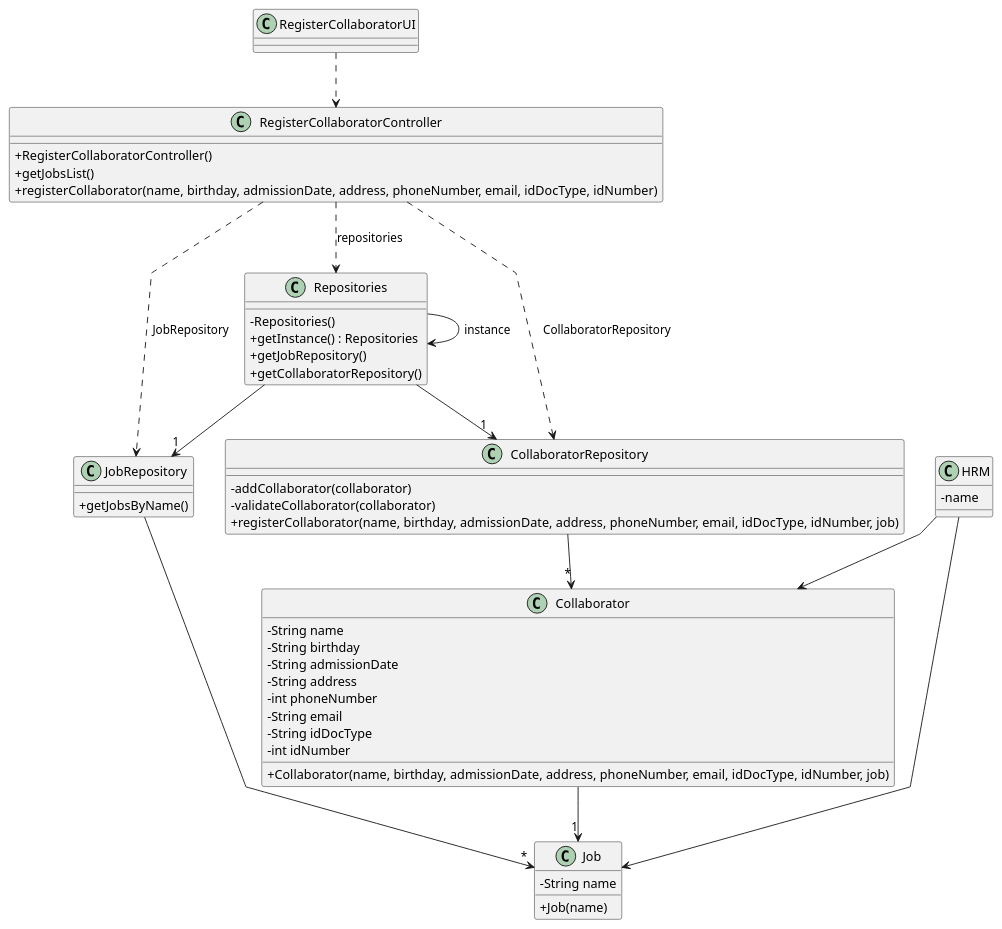
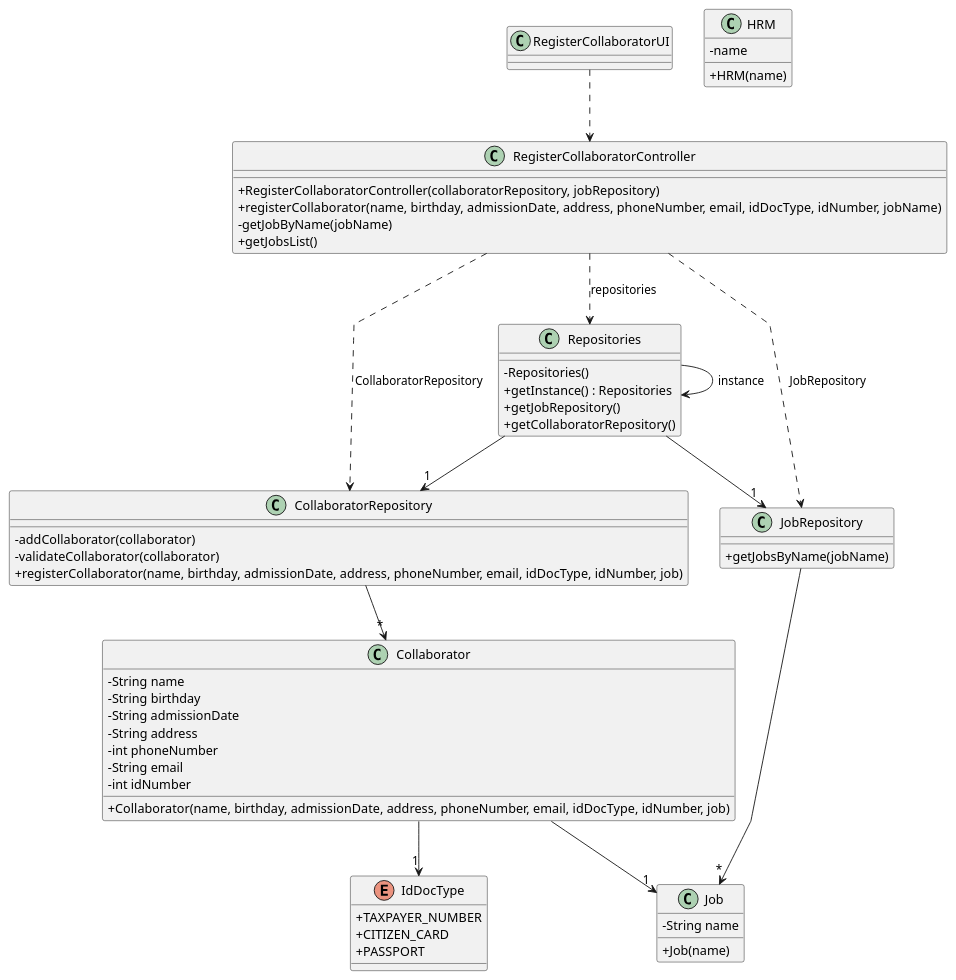
One commit to daniel41silva05/ISEP_2023_2024_LAPR2 changed the diagram in docs/sprintA&B/us003/03.design/puml/us003-class-diagram.puml. Above: the diagram before and after it, drawn with PlantUML. The commit also changed 15 other files, not shown here.

Commit message:
ED-17: US3 - corrections in coherence between sequence diagram, class diagram and implementation

```diff
--- a/docs/sprintA&B/us003/03.design/puml/us003-class-diagram.puml
+++ b/docs/sprintA&B/us003/03.design/puml/us003-class-diagram.puml
@@ -1,73 +1,78 @@
 @startuml
 'skinparam monochrome true
 skinparam packageStyle rectangle
 skinparam shadowing false
 skinparam linetype polyline
 'skinparam linetype orto
 
 skinparam classAttributeIconSize 0
 
 'left to right direction
 
 class RegisterCollaboratorUI {
 }
 
 class RegisterCollaboratorController {
-    +RegisterCollaboratorController()
+    +RegisterCollaboratorController(collaboratorRepository, jobRepository)
+    +registerCollaborator(name, birthday, admissionDate, address, phoneNumber, email, idDocType, idNumber, jobName)
+    -getJobByName(jobName)
     +getJobsList()
-    +registerCollaborator(name, birthday, admissionDate, address, phoneNumber, email, idDocType, idNumber)
 }
 
 class CollaboratorRepository {
     -addCollaborator(collaborator)
     -validateCollaborator(collaborator)
     +registerCollaborator(name, birthday, admissionDate, address, phoneNumber, email, idDocType, idNumber, job)
 }
 
 class Collaborator {
     -String name
     -String birthday
     -String admissionDate
     -String address
     -int phoneNumber
     -String email
-    -String idDocType
     -int idNumber
     +Collaborator(name, birthday, admissionDate, address, phoneNumber, email, idDocType, idNumber, job)
-
 }
 
 class JobRepository {
-    +getJobsByName()
+    +getJobsByName(jobName)
 }
 
 class Job {
     -String name
     +Job(name)
 }
 
 class HRM {
     - name
+    +HRM(name)
 }
 
 class Repositories {
     - Repositories()
     + getInstance() : Repositories
     + getJobRepository()
     + getCollaboratorRepository()
+}
+
+enum IdDocType {
+    + TAXPAYER_NUMBER
+    + CITIZEN_CARD
+    + PASSPORT
 }
 
 RegisterCollaboratorUI ..> RegisterCollaboratorController
 RegisterCollaboratorController ..> Repositories: repositories
 RegisterCollaboratorController ..> CollaboratorRepository: CollaboratorRepository
 RegisterCollaboratorController ..> JobRepository: JobRepository
 Repositories --> Repositories: instance
 Repositories --> "1" CollaboratorRepository
 Repositories --> "1" JobRepository
 CollaboratorRepository --> "*" Collaborator
 JobRepository --> "*" Job
 Collaborator --> "1" Job
-HRM --> Collaborator
-HRM --> Job
+Collaborator --> "1" IdDocType
 
 @enduml
```
